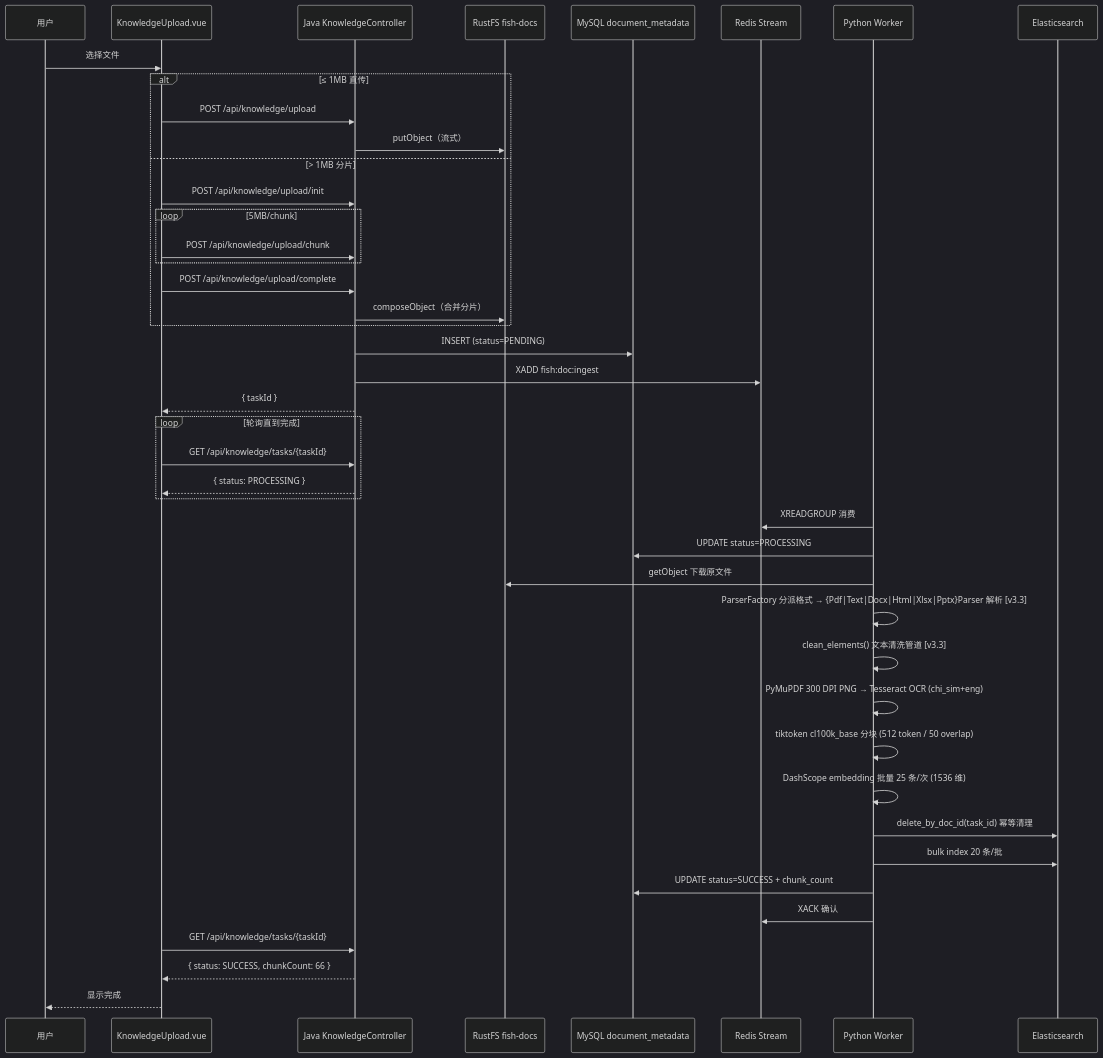
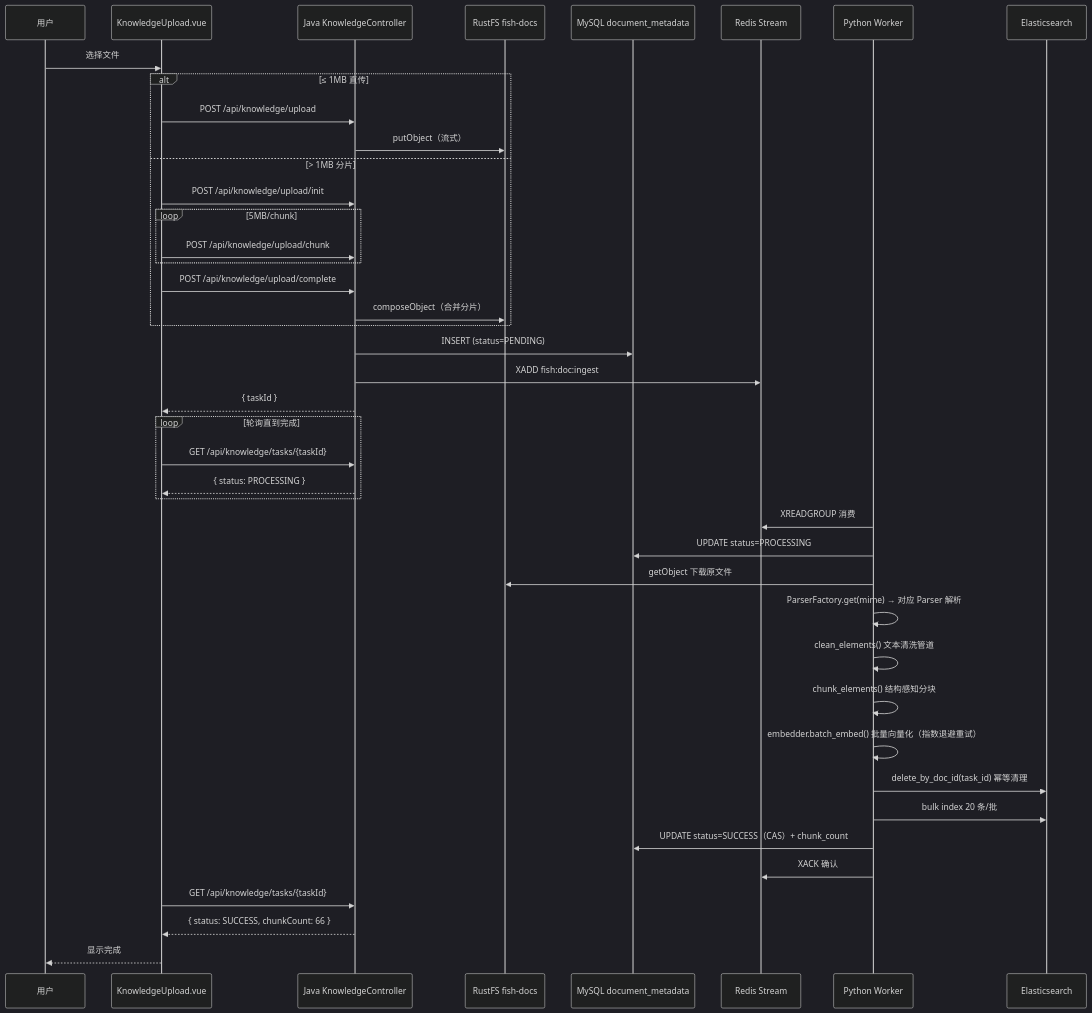
Before and after one commit to Yuyu123fish/Fish-Agent: the second of 3 diagrams in document/模块要点/模块5-知识库闭环与可靠性.md, drawn with Mermaid (dark theme). The commit also changed other lines of this file and 38 other files, not shown here.

````diff
--- a/document/模块要点/模块5-知识库闭环与可靠性.md
+++ b/document/模块要点/模块5-知识库闭环与可靠性.md
@@ -56,49 +54,48 @@
 ```mermaid
 sequenceDiagram
     participant U as 用户
     participant FE as KnowledgeUpload.vue
     participant BE as Java KnowledgeController
     participant RustFS as RustFS fish-docs
     participant MySQL as MySQL document_metadata
     participant Stream as Redis Stream
     participant Worker as Python Worker
     participant ES as Elasticsearch
 
     U->>FE: 选择文件
     alt ≤ 1MB 直传
         FE->>BE: POST /api/knowledge/upload
         BE->>RustFS: putObject（流式）
     else > 1MB 分片
         FE->>BE: POST /api/knowledge/upload/init
         loop 5MB/chunk
             FE->>BE: POST /api/knowledge/upload/chunk
         end
         FE->>BE: POST /api/knowledge/upload/complete
         BE->>RustFS: composeObject（合并分片）
     end
     BE->>MySQL: INSERT (status=PENDING)
     BE->>Stream: XADD fish:doc:ingest
     BE-->>FE: { taskId }
-    
+
     loop 轮询直到完成
         FE->>BE: GET /api/knowledge/tasks/{taskId}
         BE-->>FE: { status: PROCESSING }
     end
 
     Worker->>Stream: XREADGROUP 消费
     Worker->>MySQL: UPDATE status=PROCESSING
     Worker->>RustFS: getObject 下载原文件
-    Worker->>Worker: ParserFactory 分派格式 → {Pdf|Text|Docx|Html|Xlsx|Pptx}Parser 解析 [v3.3]
-    Worker->>Worker: clean_elements() 文本清洗管道 [v3.3]
-    Worker->>Worker: PyMuPDF 300 DPI PNG → Tesseract OCR (chi_sim+eng)
-    Worker->>Worker: tiktoken cl100k_base 分块 (512 token / 50 overlap)
-    Worker->>Worker: DashScope embedding 批量 25 条/次 (1536 维)
+    Worker->>Worker: ParserFactory.get(mime) → 对应 Parser 解析
+    Worker->>Worker: clean_elements() 文本清洗管道
+    Worker->>Worker: chunk_elements() 结构感知分块
+    Worker->>Worker: embedder.batch_embed() 批量向量化（指数退避重试）
     Worker->>ES: delete_by_doc_id(task_id) 幂等清理
     Worker->>ES: bulk index 20 条/批
-    Worker->>MySQL: UPDATE status=SUCCESS + chunk_count
+    Worker->>MySQL: UPDATE status=SUCCESS（CAS）+ chunk_count
     Worker->>Stream: XACK 确认
-    
+
     FE->>BE: GET /api/knowledge/tasks/{taskId}
     BE-->>FE: { status: SUCCESS, chunkCount: 66 }
     FE-->>U: 显示完成
 ```
````
